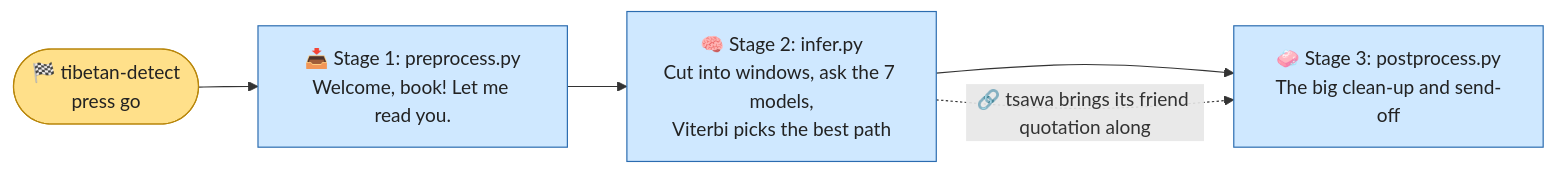
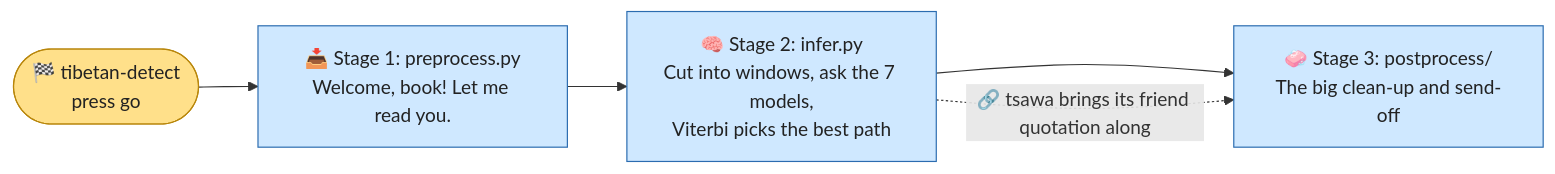
One commit to tenzinyonten/tibetan-layer-detection-pipeline changed the first of 2 diagrams in docs/postprocessing_flow_fun.md. Above: the diagram before and after it, drawn with Mermaid. The commit also changed other lines of this file and 4 other files, not shown here.

````diff
--- a/docs/postprocessing_flow_fun.md
+++ b/docs/postprocessing_flow_fun.md
@@ -8,10 +8,10 @@
 ```mermaid
 flowchart LR
     A(["🏁 tibetan-detect<br/>press go"]):::start --> S1
     S1["📥 Stage 1: preprocess.py<br/>Welcome, book! Let me read you."]:::stage --> S2
     S2["🧠 Stage 2: infer.py<br/>Cut into windows, ask the 7 models,<br/>Viterbi picks the best path"]:::stage --> S3
-    S3["🧼 Stage 3: postprocess.py<br/>The big clean-up and send-off"]:::stage
+    S3["🧼 Stage 3: postprocess/<br/>The big clean-up and send-off"]:::stage
     S2 -. "🔗 tsawa brings its friend quotation along" .-> S3
     classDef start fill:#ffe08a,stroke:#b8860b,color:#222
     classDef stage fill:#cfe8ff,stroke:#2b6cb0,color:#222
 ```
````
